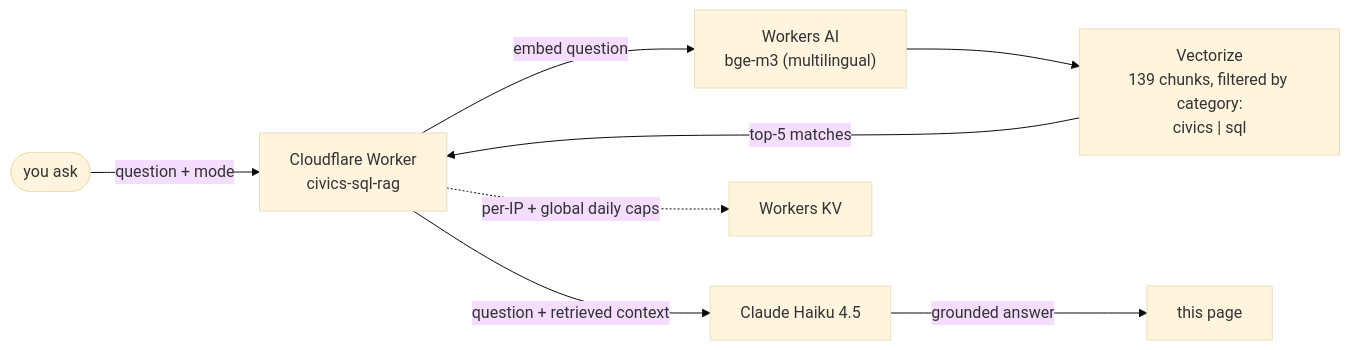
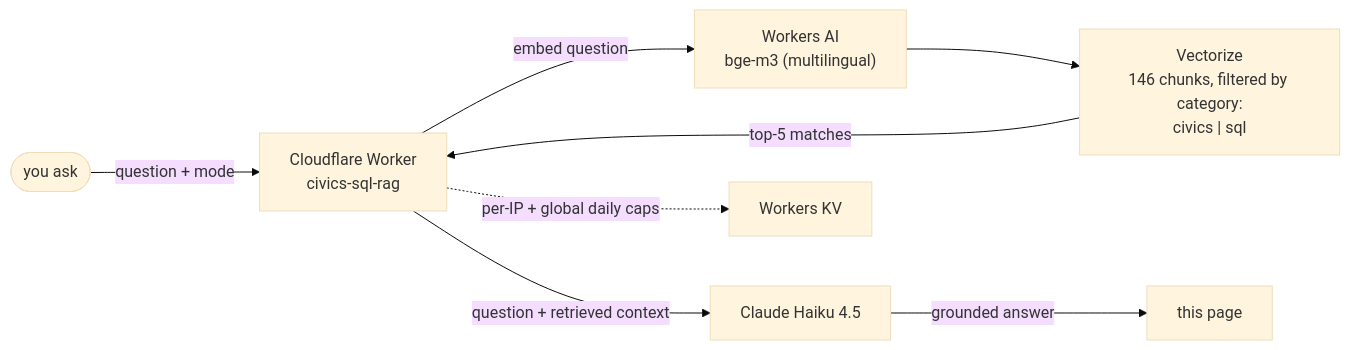
Before and after one commit to evgeniimatveev/civics-sql-rag: the diagram in README.md, drawn with Mermaid (base theme). The commit also changed 2 other files, not shown here.

Commit message:
Add CI: corpus validity and reproducibility, README chunk count (139 → 146)

````diff
--- a/README.md
+++ b/README.md
@@ -29,10 +29,10 @@
 ```mermaid
 flowchart LR
     User(["you ask"]) -->|"question + mode"| Worker["Cloudflare Worker<br/>civics-sql-rag"]
     Worker -->|"embed question"| AI["Workers AI<br/>bge-m3 (multilingual)"]
-    AI --> Vec["Vectorize<br/>139 chunks, filtered by category:<br/>civics | sql"]
+    AI --> Vec["Vectorize<br/>146 chunks, filtered by category:<br/>civics | sql"]
     Vec -->|"top-5 matches"| Worker
     Worker -->|"question + retrieved context"| Claude["Claude Haiku 4.5"]
     Claude -->|"grounded answer"| Page["this page"]
     Worker -.->|"per-IP + global daily caps"| KV["Workers KV"]
 ```
````
